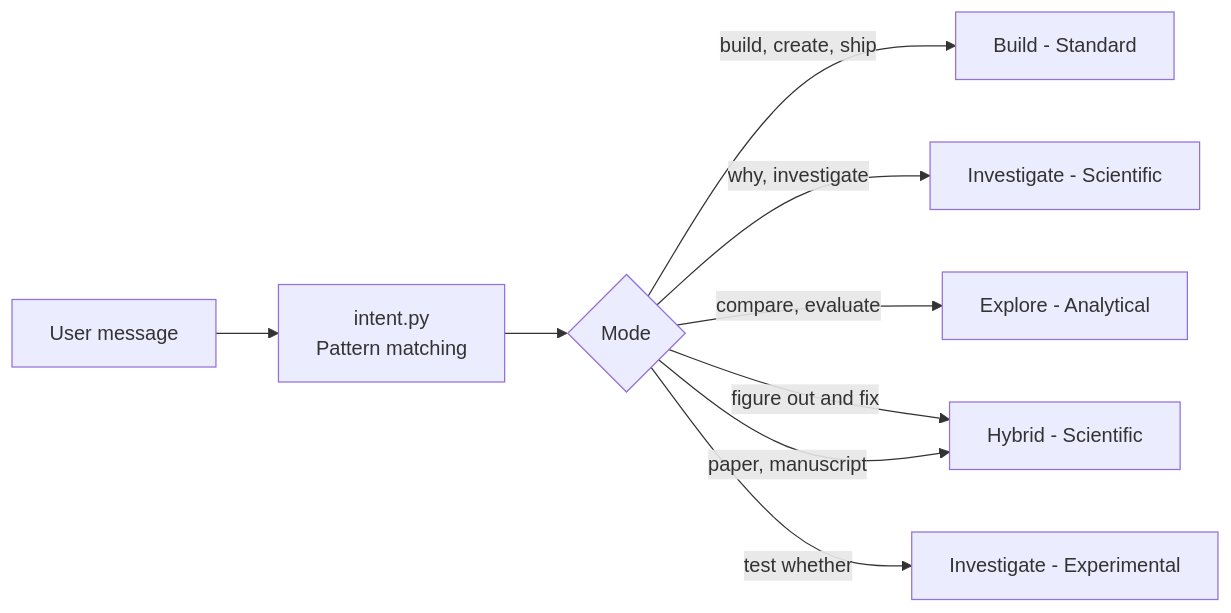
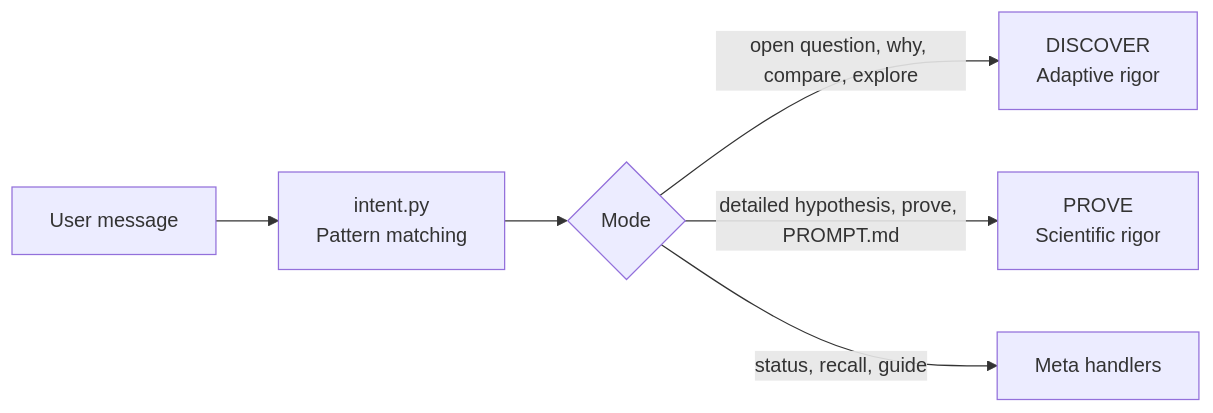
Before and after one commit to Vahidrostami/voronoi: the third of 7 diagrams in DESIGN.md, drawn with Mermaid. The commit also changed other lines of this file and 38 other files, not shown here.

First line of the commit message:
refactor: simplify to DISCOVER/PROVE two-mode system

````diff
--- a/DESIGN.md
+++ b/DESIGN.md
@@ -178,11 +180,8 @@
 ```mermaid
 flowchart LR
     INPUT["User message"] --> CLASSIFY["intent.py\nPattern matching"]
     CLASSIFY --> MODE{"Mode"}
-    MODE -->|"build, create, ship"| BUILD["Build - Standard"]
-    MODE -->|"why, investigate"| INV["Investigate - Scientific"]
-    MODE -->|"compare, evaluate"| EXP["Explore - Analytical"]
-    MODE -->|"figure out and fix"| HYB["Hybrid - Scientific"]
-    MODE -->|"paper, manuscript"| HYB
-    MODE -->|"test whether"| EXPT["Investigate - Experimental"]
+    MODE -->|"open question, why, compare, explore"| DISCOVER["DISCOVER\nAdaptive rigor"]
+    MODE -->|"detailed hypothesis, prove, PROMPT.md"| PROVE["PROVE\nScientific rigor"]
+    MODE -->|"status, recall, guide"| META["Meta handlers"]
 ```
````
